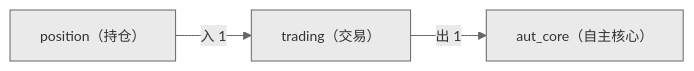
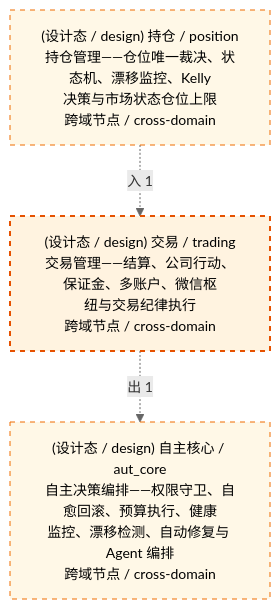
One commit to xuanFelixVan/ZephyrAlpha changed the third of 3 diagrams in docs/02_enterprise_architecture/06_decision_architecture/19_decision_l3_trading.md. Above: the diagram before and after it, drawn with Mermaid. The commit also changed other lines of this file and 23 other files, not shown here.

First line of the commit message:
feat(decisiongraph): 决策流图生成器模板 V1.2 全面升级——严格三视图+四要素标签+classDef四色+HTML联动

````diff
--- a/docs/02_enterprise_architecture/06_decision_architecture/19_decision_l3_trading.md
+++ b/docs/02_enterprise_architecture/06_decision_architecture/19_decision_l3_trading.md
@@ -86,9 +189,15 @@
 ```mermaid
-%%{init: {'theme': 'base', 'themeVariables': {'primaryColor': '#eaeaea', 'primaryTextColor': '#333333', 'primaryBorderColor': '#666666', 'lineColor': '#666666', 'secondaryColor': '#eaeaea', 'tertiaryColor': '#eaeaea', 'fontSize': '14px'}}}%%
-flowchart LR
-    SELF["trading（交易）"]
-    EXT_aut_core["aut_core（自主核心）"]
-    SELF -->|出 1| EXT_aut_core
-    EXT_position["position（持仓）"]
-    EXT_position -->|入 1| SELF
+%%{init: {'theme': 'base', 'themeVariables': {'primaryColor': '#eaeaea', 'primaryTextColor': '#333333', 'primaryBorderColor': '#666666', 'lineColor': '#666666', 'secondaryColor': '#eaeaea', 'tertiaryColor': '#eaeaea', 'clusterBkg': 'transparent', 'clusterBorder': 'transparent', 'fontSize': '14px'}}}%%
+flowchart TD
+    SELF["(设计态 / design) 交易 / trading<br/>交易管理——结算、公司行动、保证金、多账户、微信枢<br/>纽与交易纪律执行<br/>跨域节点 / cross-domain"]
+    EXT_aut_core["(设计态 / design) 自主核心 / aut_core<br/>自主决策编排——权限守卫、自愈回滚、预算执行、健康<br/>监控、漂移检测、自动修复与 Agent 编排<br/>跨域节点 / cross-domain"]
+    SELF -.->|出 1| EXT_aut_core
+    EXT_position["(设计态 / design) 持仓 / position<br/>持仓管理——仓位唯一裁决、状态机、漂移监控、Kelly<br/>决策与市场状态仓位上限<br/>跨域节点 / cross-domain"]
+    EXT_position -.->|入 1| SELF
+    classDef production fill:#e1f5fe,stroke:#01579b,stroke-width:2px,color:#000
+    classDef design fill:#fff3e0,stroke:#e65100,stroke-width:2px,color:#000,stroke-dasharray: 5 5
+    classDef external_prod fill:#e8f4fd,stroke:#0277bd,stroke-width:1px,color:#000
+    classDef external_design fill:#fff8e7,stroke:#ef6c00,stroke-width:1px,color:#000,stroke-dasharray: 5 5
+    class SELF design
+    class EXT_aut_core,EXT_position external_design
 ```
````
